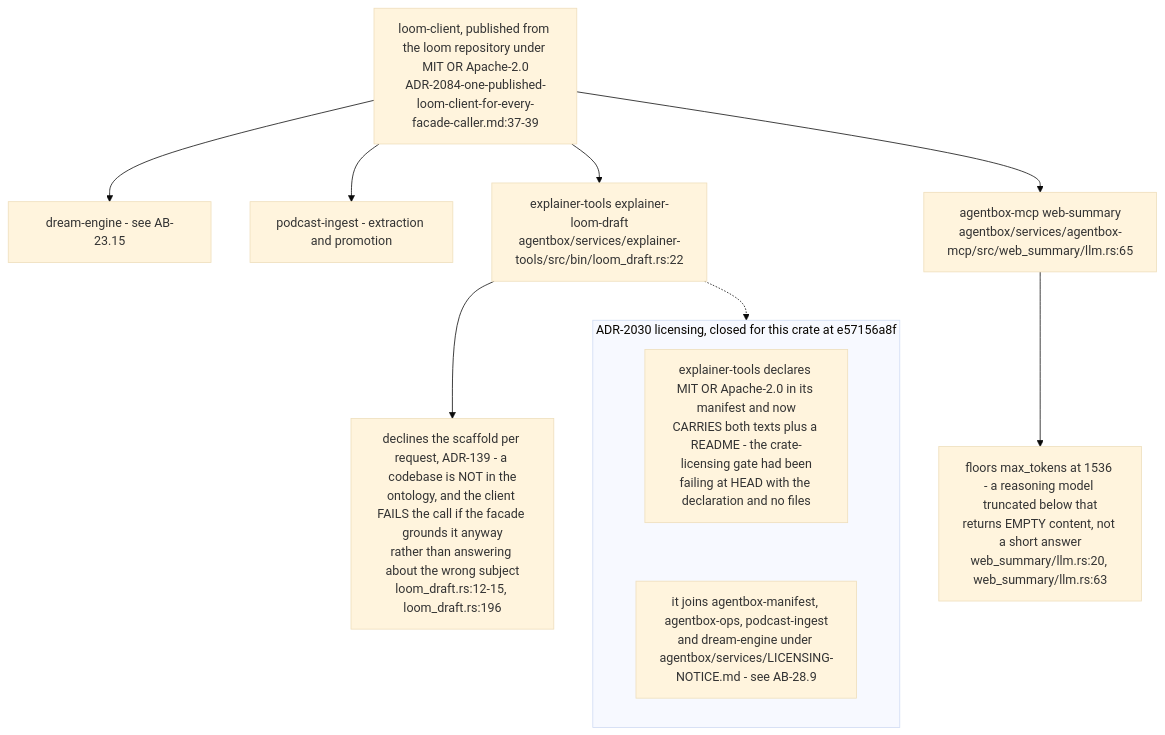
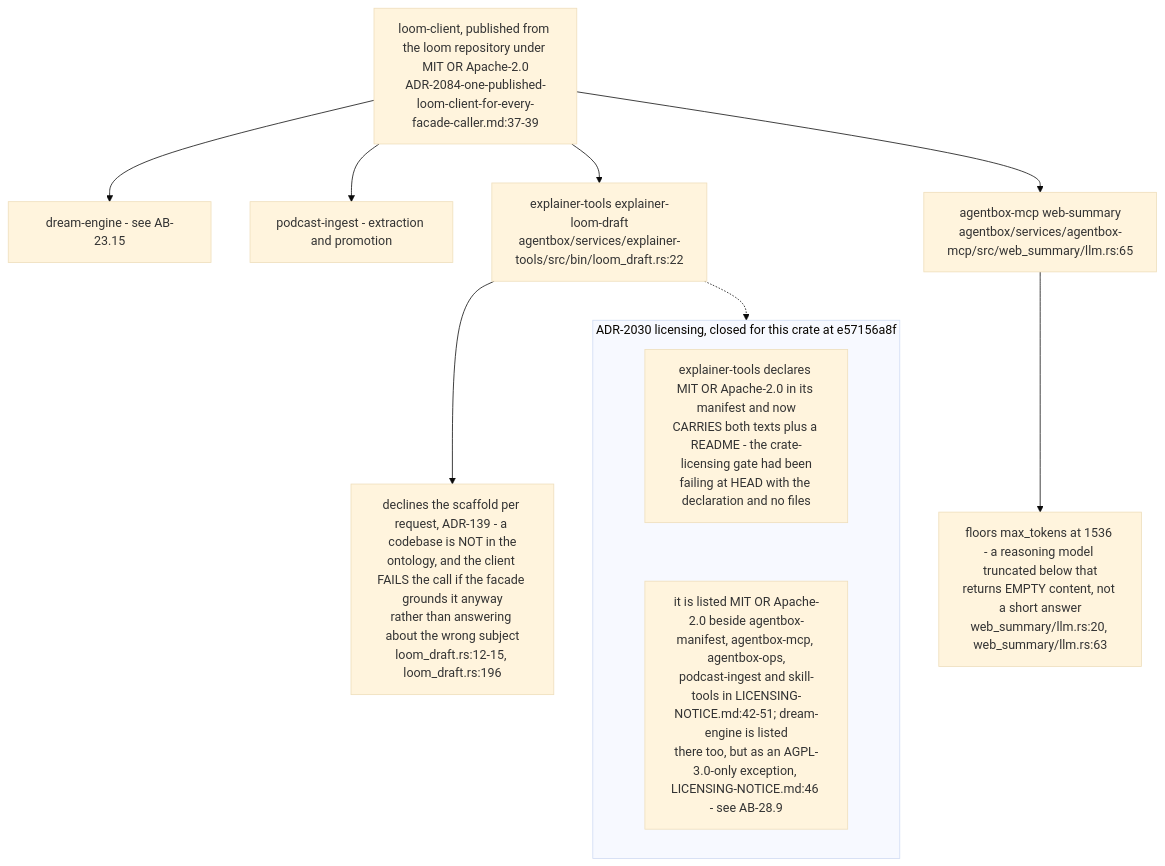
Before and after one commit to DreamLab-AI/VisionFlow: the tenth of 10 diagrams in docs/diagrams/agentbox/28-agentbox-services-and-manifest-binary.md, drawn with Mermaid (base theme). The commit also changed other lines of this file and 173 other files, not shown here.

````diff
--- a/docs/diagrams/agentbox/28-agentbox-services-and-manifest-binary.md
+++ b/docs/diagrams/agentbox/28-agentbox-services-and-manifest-binary.md
@@ -460,17 +473,17 @@
 ```mermaid
 flowchart TB
     CRATE["loom-client, published from the loom repository under MIT OR Apache-2.0<br/>ADR-2084-one-published-loom-client-for-every-facade-caller.md:37-39"]
     CRATE --> A["dream-engine - see AB-23.15"]
     CRATE --> B["podcast-ingest - extraction and promotion"]
     CRATE --> C["explainer-tools explainer-loom-draft<br/>agentbox/services/explainer-tools/src/bin/loom_draft.rs:22"]
     CRATE --> D["agentbox-mcp web-summary<br/>agentbox/services/agentbox-mcp/src/web_summary/llm.rs:65"]
     C --> C1["declines the scaffold per request, ADR-139 - a codebase is NOT in the<br/>ontology, and the client FAILS the call if the facade grounds it anyway<br/>rather than answering about the wrong subject<br/>loom_draft.rs:12-15, loom_draft.rs:196"]
     D --> D1["floors max_tokens at 1536 - a reasoning model truncated below that<br/>returns EMPTY content, not a short answer<br/>web_summary/llm.rs:20, web_summary/llm.rs:63"]
     subgraph lic["ADR-2030 licensing, closed for this crate at e57156a8f"]
         direction TB
         L1["explainer-tools declares MIT OR Apache-2.0 in its manifest and now<br/>CARRIES both texts plus a README - the crate-licensing gate had been<br/>failing at HEAD with the declaration and no files"]
-        L2["it joins agentbox-manifest, agentbox-ops, podcast-ingest<br/>and dream-engine under agentbox/services/LICENSING-NOTICE.md - see AB-28.9"]
+        L2["it is listed MIT OR Apache-2.0 beside agentbox-manifest, agentbox-mcp, agentbox-ops,<br/>podcast-ingest and skill-tools in LICENSING-NOTICE.md:42-51; dream-engine is listed<br/>there too, but as an AGPL-3.0-only exception, LICENSING-NOTICE.md:46 - see AB-28.9"]
         L1 ~~~ L2
     end
     C -.-> lic
 ```
````
